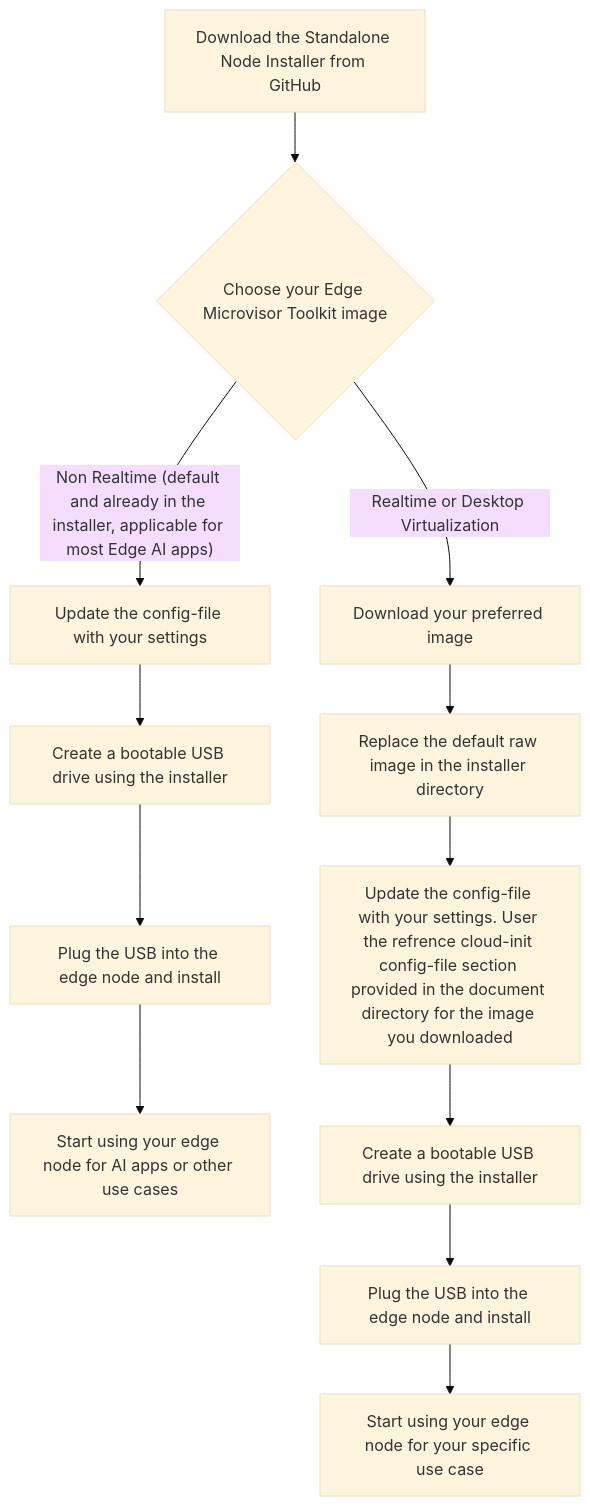
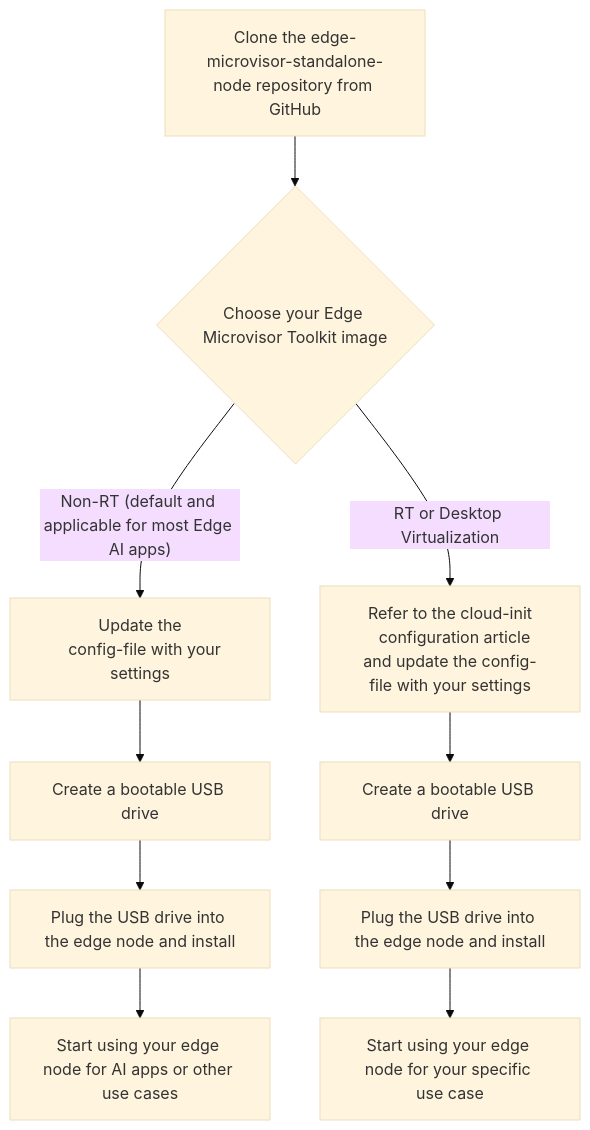
The diagram in standalone-node/docs/user-guide/Get-Started-Guide.md (open-edge-platform/edge-microvisor-toolkit-standalone-node), drawn with Mermaid (base theme) before and after one commit. The commit also changed other lines of this file and 7 other files, not shown here.

Commit message:
Update Standalone Node docs for 3.1 release

````diff
--- a/standalone-node/docs/user-guide/Get-Started-Guide.md
+++ b/standalone-node/docs/user-guide/Get-Started-Guide.md
@@ -55,16 +38,16 @@
 ```mermaid
 flowchart TD
-   A[Download the Standalone Node Installer from GitHub]
+   A[Clone the edge-microvisor-standalone-node repository from GitHub]
    A --> B{Choose your Edge Microvisor Toolkit image}
-   B -- "Non Realtime (default and already in the installer, applicable for most Edge AI apps)" --> C[Update the config-file with your settings]
-   C --> D[Create a bootable USB drive using the installer]
-   D --> E[Plug the USB into the edge node and install]
+   B -- "Non-RT (default and applicable for most Edge AI apps)" --> C[Update the
+   config-file with your settings]
+   C --> D[Create a bootable USB drive]
+   D --> E[Plug the USB drive into the edge node and install]
    E --> F[Start using your edge node for AI apps or other use cases]
 
-   B -- "Realtime or Desktop Virtualization" --> G[Download your preferred image]
-   G --> H[Replace the default raw image in the installer directory]
-   H --> I[Update the config-file with your settings. User the refrence cloud-init config-file section provided in the document directory for the image you downloaded]
-   I --> J[Create a bootable USB drive using the installer]
-   J --> K[Plug the USB into the edge node and install]
+   B -- "RT or Desktop Virtualization" --> I[Refer to the cloud-init
+   configuration article and update the config-file with your settings]
+   I --> J[Create a bootable USB drive]
+   J --> K[Plug the USB drive into the edge node and install]
    K --> L[Start using your edge node for your specific use case]
 ```
````
